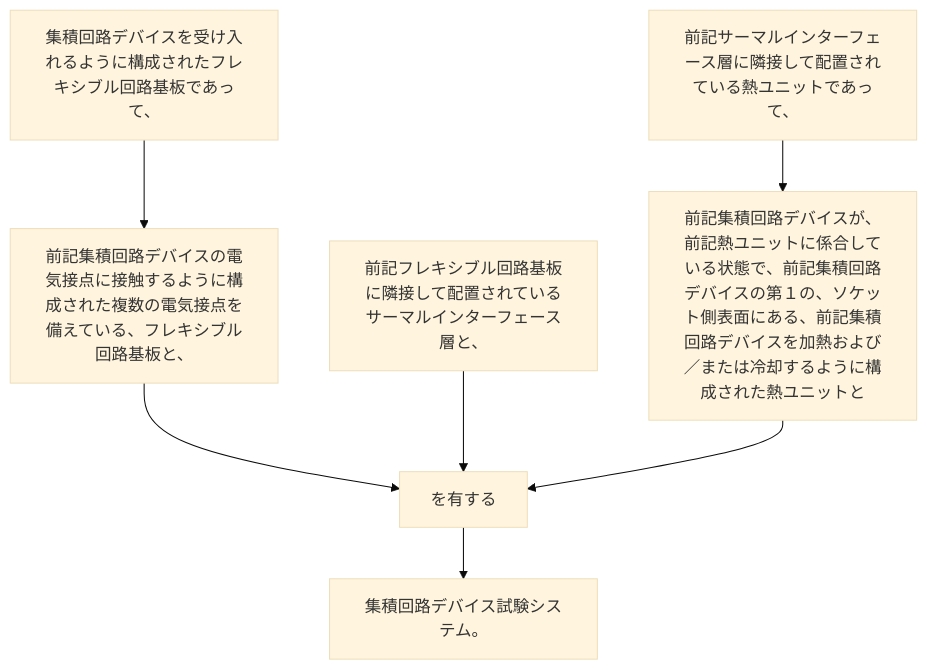
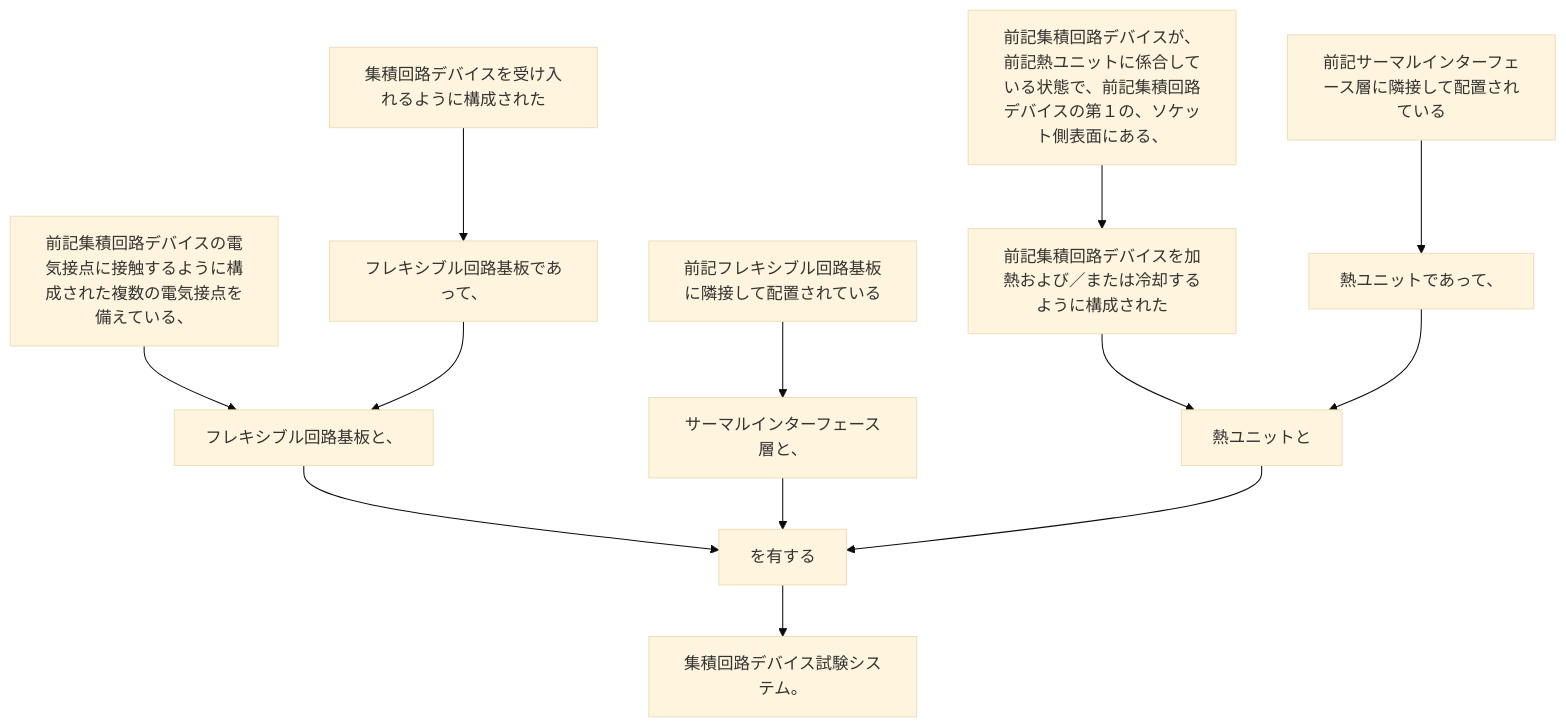
Before and after one commit to shinmori55/patent_analyzed: the diagram in 2024/JP2024023283A/claim_21/README.md, drawn with Mermaid (base theme). The commit also changed 336 other files, not shown here.

````diff
--- a/2024/JP2024023283A/claim_21/README.md
+++ b/2024/JP2024023283A/claim_21/README.md
@@ -4,16 +4,28 @@
 ```mermaid
 flowchart TD
-A[集積回路デバイスを受け入れるように構成されたフレキシブル回路基板であって、]
-B[前記集積回路デバイスの電気接点に接触するように構成された複数の電気接点を備えている、フレキシブル回路基板と、]
-C[前記フレキシブル回路基板に隣接して配置されているサーマルインターフェース層と、]
-D[前記サーマルインターフェース層に隣接して配置されている熱ユニットであって、]
-E[前記集積回路デバイスが、前記熱ユニットに係合している状態で、前記集積回路デバイスの第１の、ソケット側表面にある、前記集積回路デバイスを加熱および／または冷却するように構成された熱ユニットと]
-F[を有する]
-G[集積回路デバイス試験システム。]
+A[集積回路デバイスを受け入れるように構成された]
+B[フレキシブル回路基板であって、]
+C[前記集積回路デバイスの電気接点に接触するように構成された複数の電気接点を備えている、]
+D[フレキシブル回路基板と、]
+E[前記フレキシブル回路基板に隣接して配置されている]
+F[サーマルインターフェース層と、]
+G[前記サーマルインターフェース層に隣接して配置されている]
+H[熱ユニットであって、]
+I[前記集積回路デバイスが、前記熱ユニットに係合している状態で、前記集積回路デバイスの第１の、ソケット側表面にある、]
+J[前記集積回路デバイスを加熱および／または冷却するように構成された]
+K[熱ユニットと]
+L[を有する]
+M[集積回路デバイス試験システム。]
 A --> B
-B --> F
-C --> F
-D --> E
+C --> D
+B --> D
 E --> F
-F --> G
+G --> H
+I --> J
+J --> K
+H --> K
+D --> L
+F --> L
+K --> L
+L --> M
 ```
````
